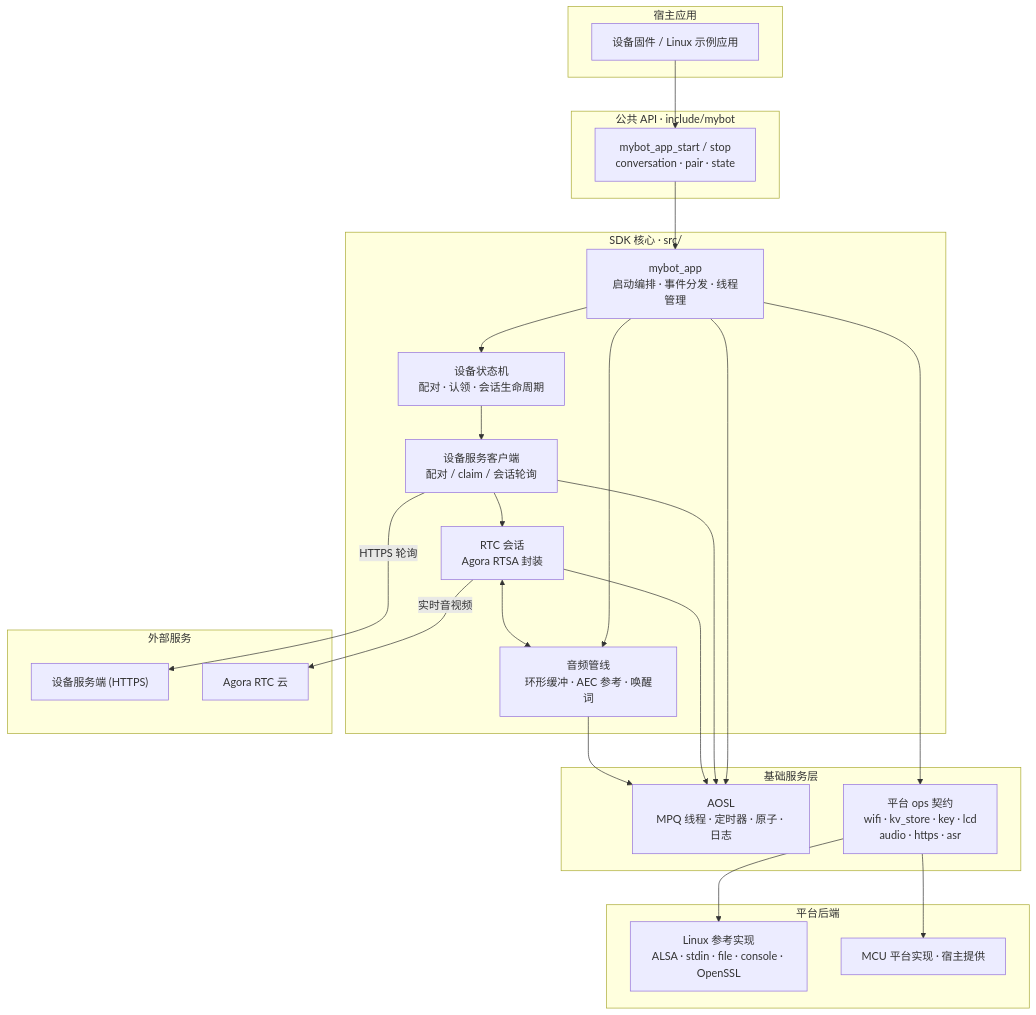
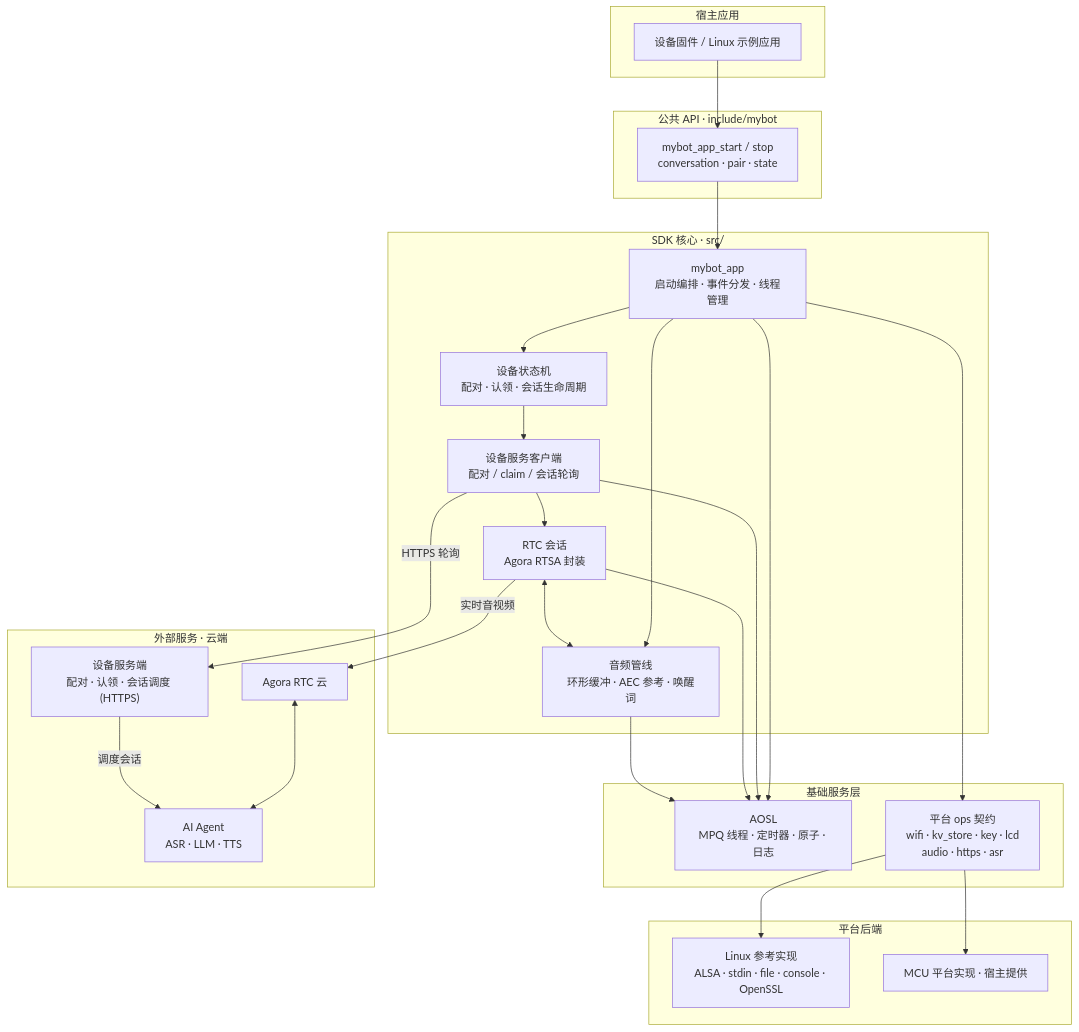
Before and after one commit to junlon2006/mybot: the second of 4 diagrams in README.zh-CN.md, drawn with Mermaid. The commit also changed other lines of this file and 11 other files, not shown here.

````diff
--- a/README.zh-CN.md
+++ b/README.zh-CN.md
@@ -162,50 +193,53 @@
 ```mermaid
 flowchart TB
     subgraph host["宿主应用"]
         host_app["设备固件 / Linux 示例应用"]
     end
 
     subgraph api["公共 API · include/mybot"]
         api_h["mybot_app_start / stop<br/>conversation · pair · state"]
     end
 
     subgraph core["SDK 核心 · src/"]
         app_c["mybot_app<br/>启动编排 · 事件分发 · 线程管理"]
         state_m["设备状态机<br/>配对 · 认领 · 会话生命周期"]
         svc_c["设备服务客户端<br/>配对 / claim / 会话轮询"]
         rtc_c["RTC 会话<br/>Agora RTSA 封装"]
         media_c["音频管线<br/>环形缓冲 · AEC 参考 · 唤醒词"]
     end
 
     subgraph infra["基础服务层"]
         aosl["AOSL<br/>MPQ 线程 · 定时器 · 原子 · 日志"]
         ops["平台 ops 契约<br/>wifi · kv_store · key · lcd<br/>audio · https · asr"]
     end
 
     subgraph plat["平台后端"]
         linux_b["Linux 参考实现<br/>ALSA · stdin · file · console · OpenSSL"]
         mcu_b["MCU 平台实现 · 宿主提供"]
     end
 
-    subgraph ext["外部服务"]
-        svc_e["设备服务端 (HTTPS)"]
+    subgraph ext["外部服务 · 云端"]
+        svc_e["设备服务端<br/>配对 · 认领 · 会话调度 (HTTPS)"]
         agora_e["Agora RTC 云"]
+        agent_e["AI Agent<br/>ASR · LLM · TTS"]
     end
 
     host_app --> api_h
     api_h --> app_c
     app_c --> state_m
     app_c --> media_c
     state_m --> svc_c
     svc_c --> rtc_c
     rtc_c <--> media_c
     app_c --> aosl
     app_c --> ops
     svc_c --> aosl
     rtc_c --> aosl
     media_c --> aosl
     ops --> linux_b
     ops --> mcu_b
     svc_c -->|HTTPS 轮询| svc_e
     rtc_c -->|实时音视频| agora_e
+    agora_e <--> agent_e
+    svc_e -->|调度会话| agent_e
 ```
````
